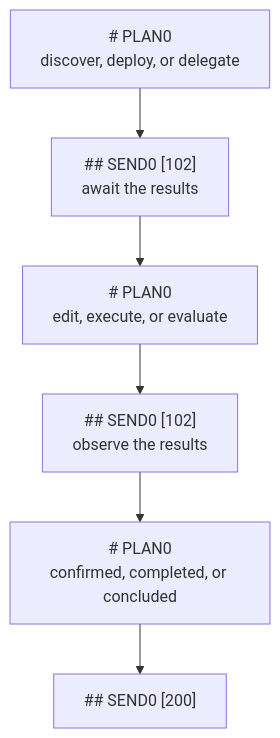
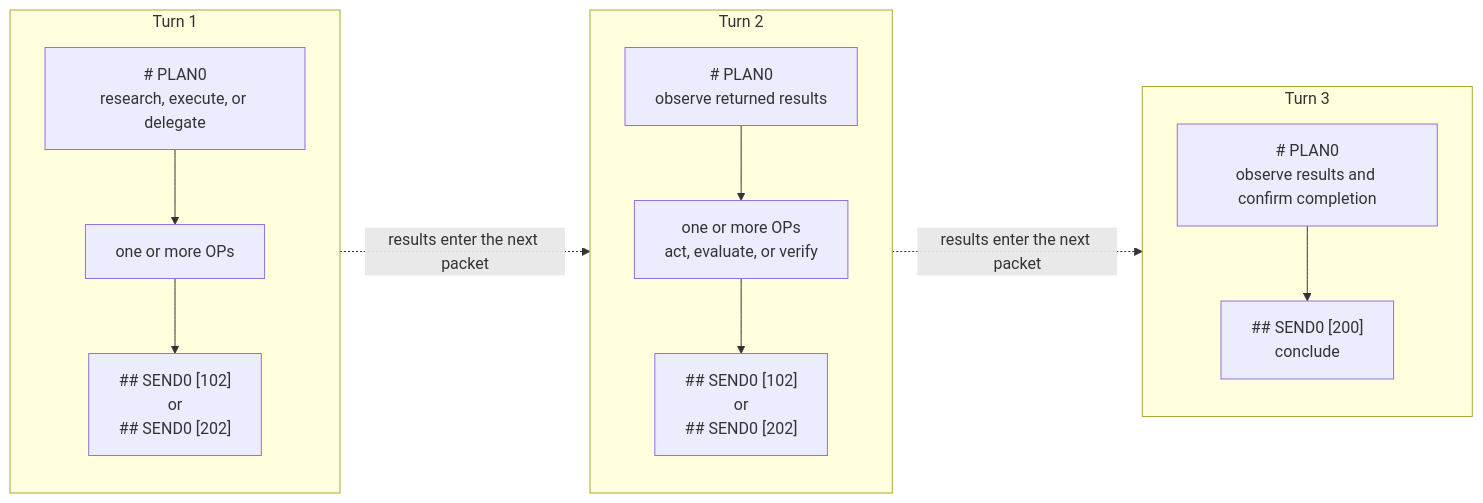
Before and after one commit to plurnk/plurnk-service: the first of 2 diagrams in plurnk-contracts/plurnk.md, drawn with Mermaid. The commit also changed other lines of this file, not shown here.

Commit message:
docs(contracts): distinguish workflow turns

````diff
--- a/plurnk-contracts/plurnk.md
+++ b/plurnk-contracts/plurnk.md
@@ -33,8 +35,28 @@
 ```mermaid
-flowchart TD
-    A["# PLAN0<br>discover, deploy, or delegate"] --> B["## SEND0 [102]<br>await the results"]
-    B --> C["# PLAN0<br>edit, execute, or evaluate"]
-    C --> D["## SEND0 [102]<br>observe the results"]
-    D --> E["# PLAN0<br>confirmed, completed, or concluded"]
-    E --> F["## SEND0 [200]"]
+flowchart LR
+    subgraph T1["Turn 1"]
+        direction TB
+        A1["# PLAN0<br>research, execute, or delegate"]
+        A2["one or more OPs"]
+        A3["## SEND0 [102]<br>or<br>## SEND0 [202]"]
+        A1 --> A2 --> A3
+    end
+
+    subgraph T2["Turn 2"]
+        direction TB
+        B1["# PLAN0<br>observe returned results"]
+        B2["one or more OPs<br>act, evaluate, or verify"]
+        B3["## SEND0 [102]<br>or<br>## SEND0 [202]"]
+        B1 --> B2 --> B3
+    end
+
+    subgraph T3["Turn 3"]
+        direction TB
+        C1["# PLAN0<br>observe results and confirm completion"]
+        C2["## SEND0 [200]<br>conclude"]
+        C1 --> C2
+    end
+
+    T1 -. "results enter the next packet" .-> T2
+    T2 -. "results enter the next packet" .-> T3
 ```
````
